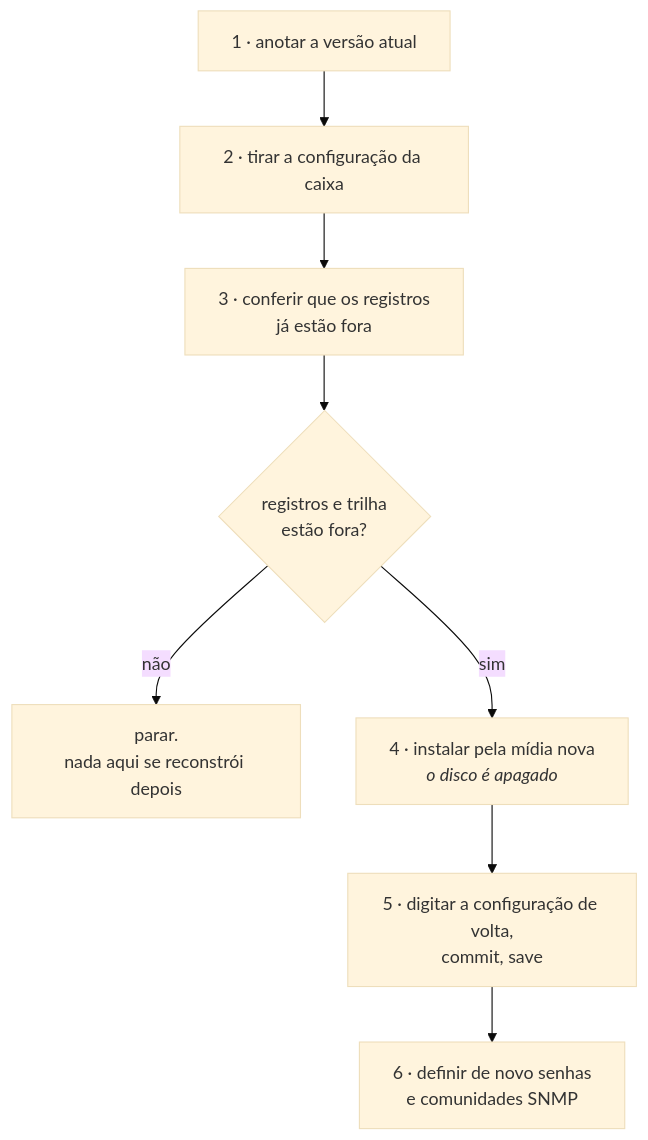
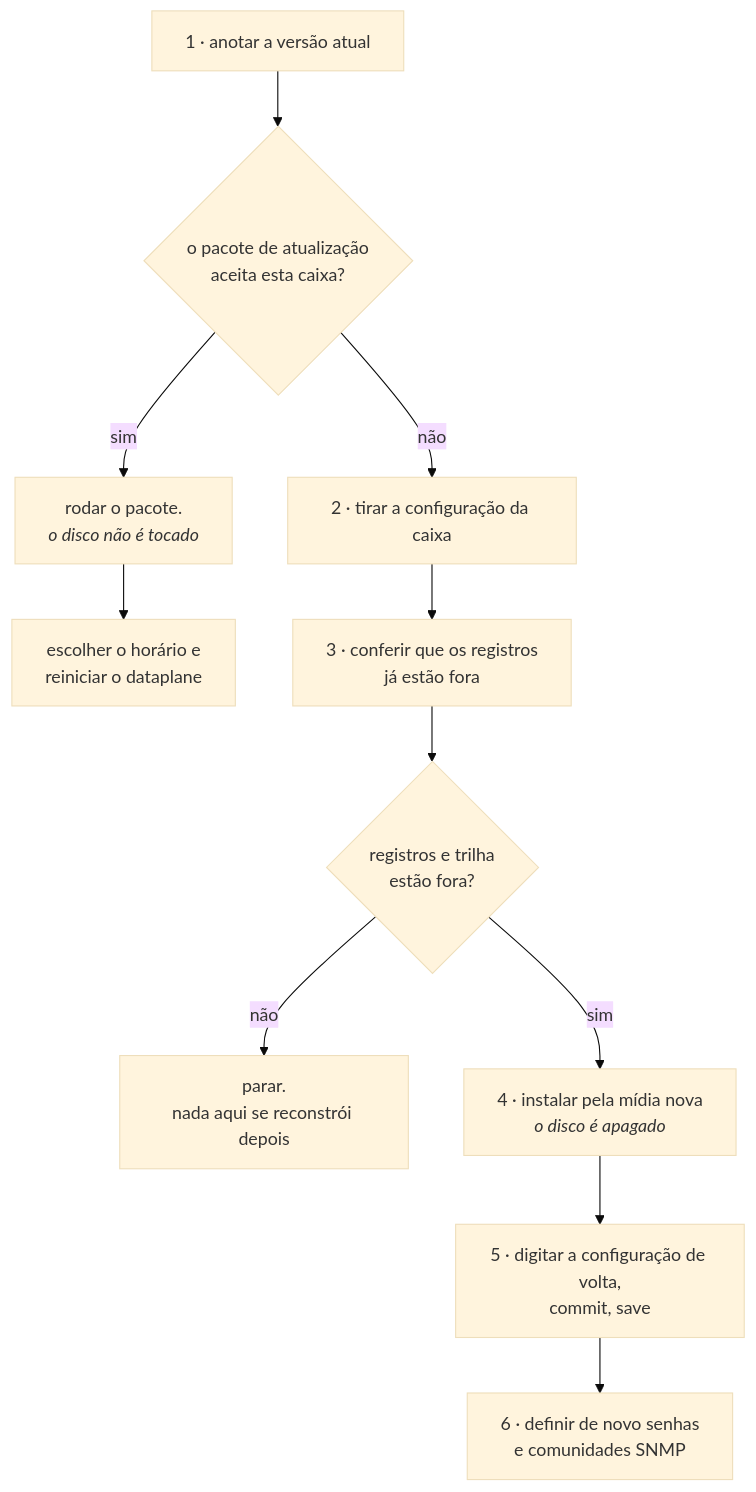
One commit to andrediashexa/prismarouting changed the diagram in wiki/operar/levar-a-caixa-para-uma-versao-nova.md. Above: the diagram before and after it, drawn with Mermaid (base theme). The commit also changed other lines of this file and 16 other files, not shown here.

````diff
--- a/wiki/operar/levar-a-caixa-para-uma-versao-nova.md
+++ b/wiki/operar/levar-a-caixa-para-uma-versao-nova.md
@@ -35,10 +100,13 @@
 ```mermaid
 flowchart TD
-    V["1 · anotar a versão atual"] --> C["2 · tirar a configuração da caixa"]
+    V["1 · anotar a versão atual"] --> T{"o pacote de atualização<br/>aceita esta caixa?"}
+    T -->|sim| U["rodar o pacote.<br/><i>o disco não é tocado</i>"]
+    U --> W["escolher o horário e<br/>reiniciar o dataplane"]
+    T -->|não| C["2 · tirar a configuração da caixa"]
     C --> R["3 · conferir que os registros<br/>já estão fora"]
     R --> Q{"registros e trilha<br/>estão fora?"}
     Q -->|não| STOP["parar.<br/>nada aqui se reconstrói depois"]
     Q -->|sim| I["4 · instalar pela mídia nova<br/><i>o disco é apagado</i>"]
     I --> P["5 · digitar a configuração de volta,<br/>commit, save"]
     P --> S["6 · definir de novo senhas<br/>e comunidades SNMP"]
 ```
````
